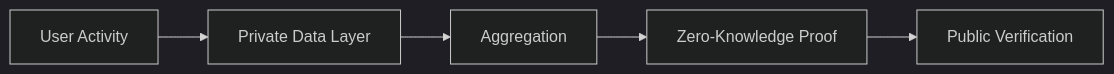
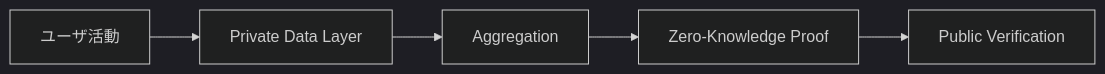
Diagram 34 of 43 in docs/whitepaper/09-technology.md (ShigeichiroYamasaki/creator-first-platform), drawn with Mermaid (dark theme) before and after one commit. The commit also changed other lines of this file and 67 other files, not shown here.

````diff
--- a/docs/whitepaper/09-technology.md
+++ b/docs/whitepaper/09-technology.md
@@ -1248,10 +1248,10 @@
 ```mermaid
 flowchart LR
-    USER[User Activity]
+    USER[ユーザ活動]
     PRIVATE[Private Data Layer]
     AGG[Aggregation]
     ZK[Zero-Knowledge Proof]
     PUBLIC[Public Verification]
 
     USER --> PRIVATE --> AGG --> ZK --> PUBLIC
 ```
````
